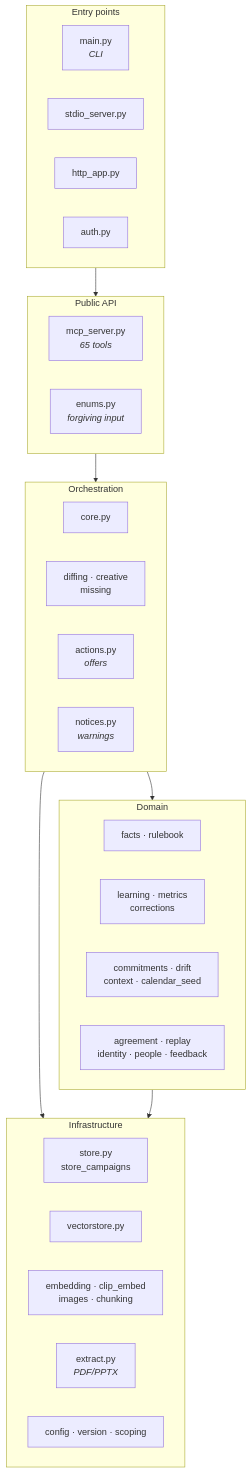
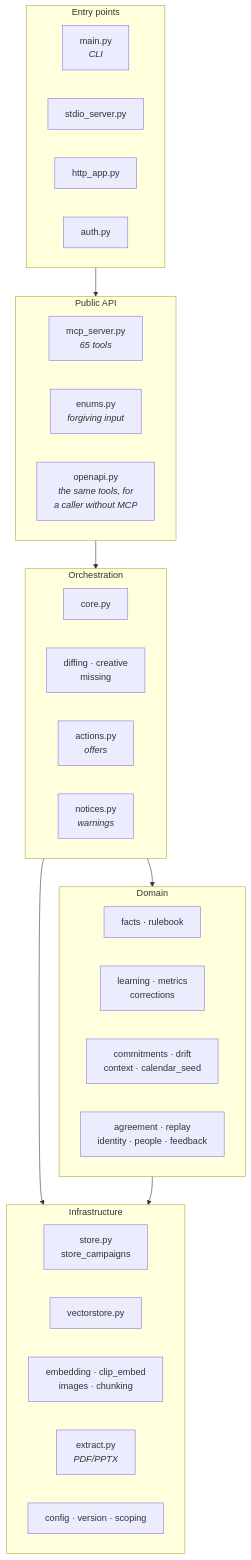
Before and after one commit to nilubhatt/campaign-poc: the diagram in code-walkthrough.md, drawn with Mermaid. The commit also changed other lines of this file and 4 other files, not shown here.

````diff
--- a/code-walkthrough.md
+++ b/code-walkthrough.md
@@ -14,35 +14,36 @@
 ```mermaid
 flowchart TB
     subgraph entry["Entry points"]
         main["main.py<br/><i>CLI</i>"]
         stdio["stdio_server.py"]
         http["http_app.py"]
         auth["auth.py"]
     end
     subgraph api["Public API"]
         mcp["mcp_server.py<br/><i>65 tools</i>"]
         enums["enums.py<br/><i>forgiving input</i>"]
+        oas["openapi.py<br/><i>the same tools, for<br/>a caller without MCP</i>"]
     end
     subgraph orch["Orchestration"]
         core["core.py"]
         split["diffing · creative<br/>missing"]
         actions["actions.py<br/><i>offers</i>"]
         notices["notices.py<br/><i>warnings</i>"]
     end
     subgraph dom["Domain"]
         facts["facts · rulebook"]
         learn["learning · metrics<br/>corrections"]
         exec["commitments · drift<br/>context · calendar_seed"]
         judge["agreement · replay<br/>identity · people · feedback"]
     end
     subgraph infra["Infrastructure"]
         store["store.py<br/>store_campaigns"]
         vec["vectorstore.py"]
         emb["embedding · clip_embed<br/>images · chunking"]
         ext["extract.py<br/><i>PDF/PPTX</i>"]
         cfg["config · version · scoping"]
     end
     entry --> api --> orch --> dom
     orch --> infra
     dom --> infra
 ```
````
